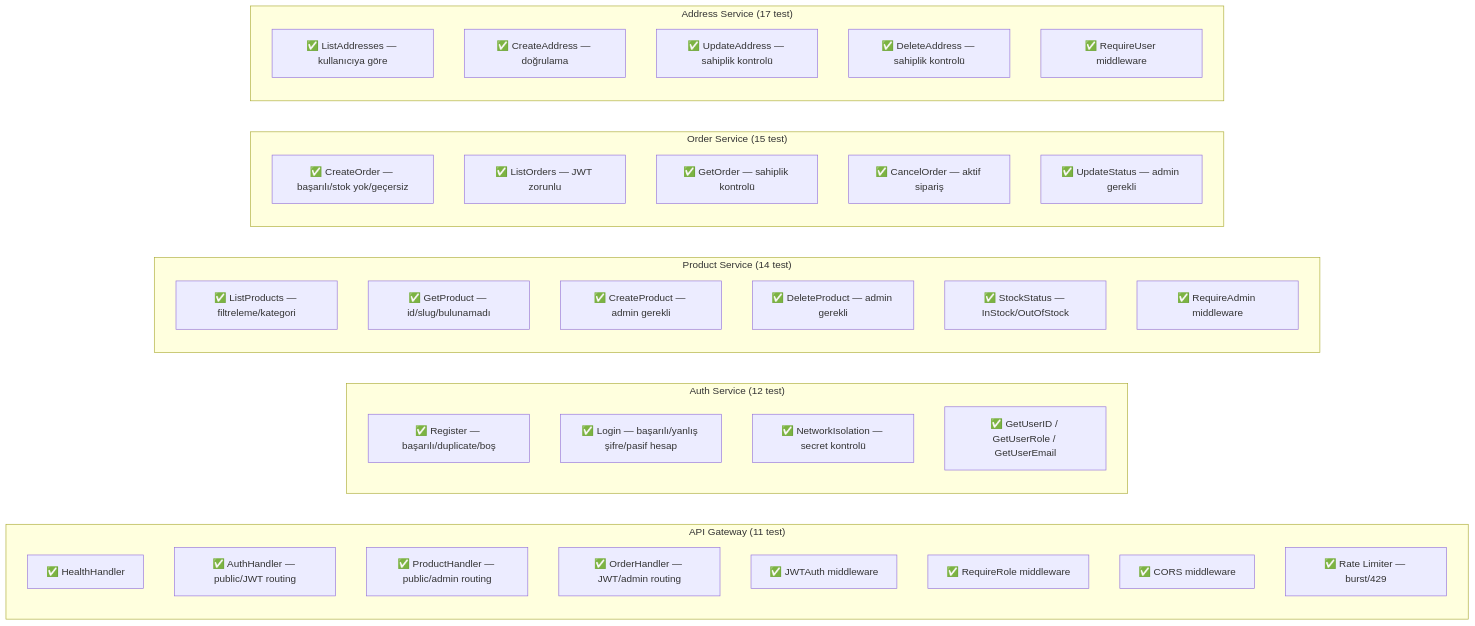
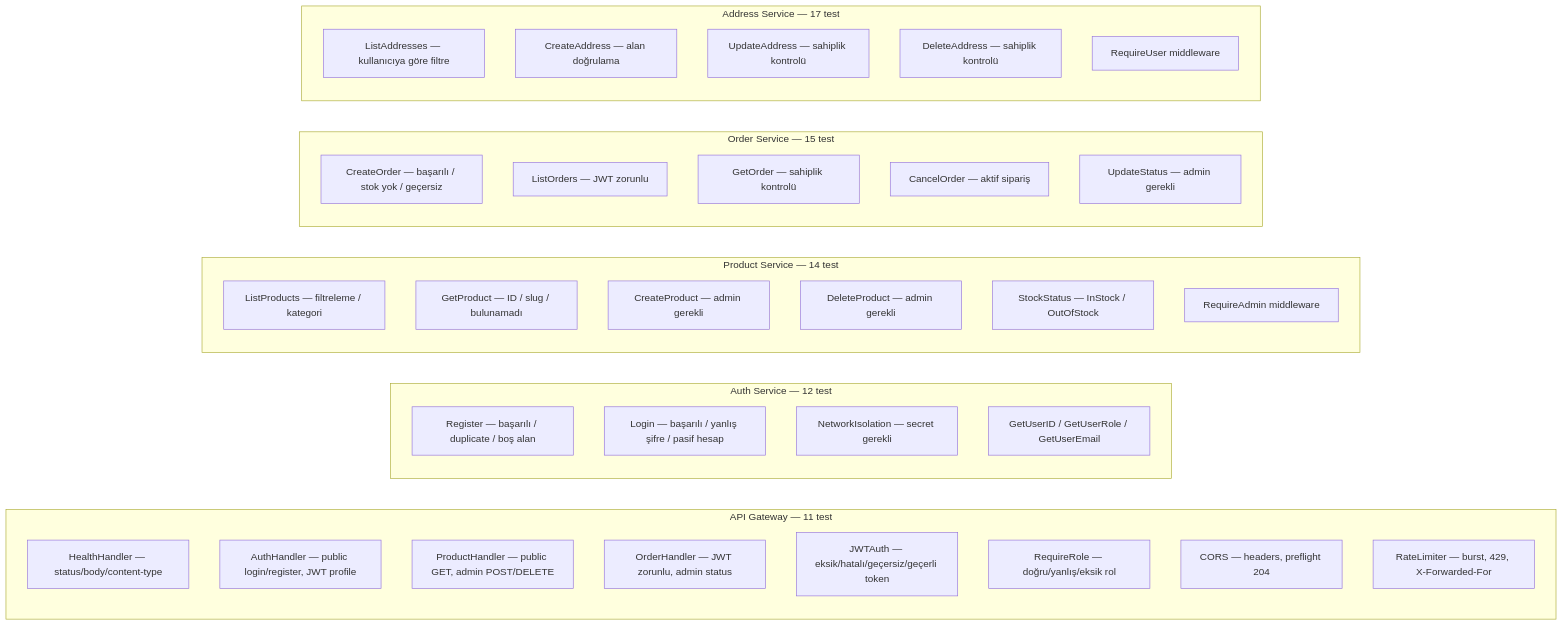
One commit to eyupcanpolat/E-Commerce_Microservices_Website changed diagram 13 of 13 in go-backend/README.md. Above: the diagram before and after it, drawn with Mermaid. The commit also changed other lines of this file, not shown here.

````diff
--- a/go-backend/README.md
+++ b/go-backend/README.md
@@ -114,45 +539,45 @@
 ```mermaid
 graph LR
-    subgraph GW["API Gateway (11 test)"]
-        GW1["✅ HealthHandler"]
-        GW2["✅ AuthHandler — public/JWT routing"]
-        GW3["✅ ProductHandler — public/admin routing"]
-        GW4["✅ OrderHandler — JWT/admin routing"]
-        GW5["✅ JWTAuth middleware"]
-        GW6["✅ RequireRole middleware"]
-        GW7["✅ CORS middleware"]
-        GW8["✅ Rate Limiter — burst/429"]
+    subgraph GW["API Gateway — 11 test"]
+        GW1["HealthHandler — status/body/content-type"]
+        GW2["AuthHandler — public login/register, JWT profile"]
+        GW3["ProductHandler — public GET, admin POST/DELETE"]
+        GW4["OrderHandler — JWT zorunlu, admin status"]
+        GW5["JWTAuth — eksik/hatalı/geçersiz/geçerli token"]
+        GW6["RequireRole — doğru/yanlış/eksik rol"]
+        GW7["CORS — headers, preflight 204"]
+        GW8["RateLimiter — burst, 429, X-Forwarded-For"]
     end
 
-    subgraph AUTH["Auth Service (12 test)"]
-        A1["✅ Register — başarılı/duplicate/boş"]
-        A2["✅ Login — başarılı/yanlış şifre/pasif hesap"]
-        A3["✅ NetworkIsolation — secret kontrolü"]
-        A4["✅ GetUserID / GetUserRole / GetUserEmail"]
+    subgraph AUTH["Auth Service — 12 test"]
+        A1["Register — başarılı / duplicate / boş alan"]
+        A2["Login — başarılı / yanlış şifre / pasif hesap"]
+        A3["NetworkIsolation — secret gerekli"]
+        A4["GetUserID / GetUserRole / GetUserEmail"]
     end
 
-    subgraph PRODUCT["Product Service (14 test)"]
-        P1["✅ ListProducts — filtreleme/kategori"]
-        P2["✅ GetProduct — id/slug/bulunamadı"]
-        P3["✅ CreateProduct — admin gerekli"]
-        P4["✅ DeleteProduct — admin gerekli"]
-        P5["✅ StockStatus — InStock/OutOfStock"]
-        P6["✅ RequireAdmin middleware"]
+    subgraph PROD["Product Service — 14 test"]
+        P1["ListProducts — filtreleme / kategori"]
+        P2["GetProduct — ID / slug / bulunamadı"]
+        P3["CreateProduct — admin gerekli"]
+        P4["DeleteProduct — admin gerekli"]
+        P5["StockStatus — InStock / OutOfStock"]
+        P6["RequireAdmin middleware"]
     end
 
-    subgraph ORDER["Order Service (15 test)"]
-        O1["✅ CreateOrder — başarılı/stok yok/geçersiz"]
-        O2["✅ ListOrders — JWT zorunlu"]
-        O3["✅ GetOrder — sahiplik kontrolü"]
-        O4["✅ CancelOrder — aktif sipariş"]
-        O5["✅ UpdateStatus — admin gerekli"]
+    subgraph ORD["Order Service — 15 test"]
+        O1["CreateOrder — başarılı / stok yok / geçersiz"]
+        O2["ListOrders — JWT zorunlu"]
+        O3["GetOrder — sahiplik kontrolü"]
+        O4["CancelOrder — aktif sipariş"]
+        O5["UpdateStatus — admin gerekli"]
     end
 
-    subgraph ADDRESS["Address Service (17 test)"]
-        AD1["✅ ListAddresses — kullanıcıya göre"]
-        AD2["✅ CreateAddress — doğrulama"]
-        AD3["✅ UpdateAddress — sahiplik kontrolü"]
-        AD4["✅ DeleteAddress — sahiplik kontrolü"]
-        AD5["✅ RequireUser middleware"]
+    subgraph ADDR["Address Service — 17 test"]
+        AD1["ListAddresses — kullanıcıya göre filtre"]
+        AD2["CreateAddress — alan doğrulama"]
+        AD3["UpdateAddress — sahiplik kontrolü"]
+        AD4["DeleteAddress — sahiplik kontrolü"]
+        AD5["RequireUser middleware"]
     end
 ```
````
